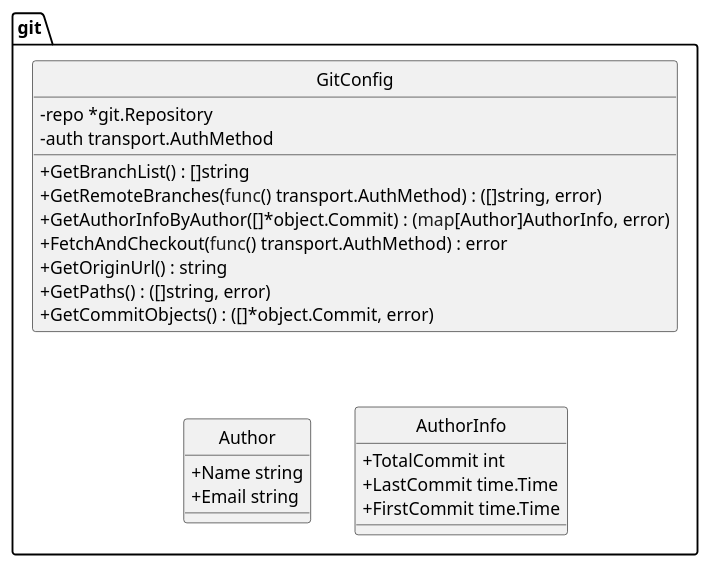
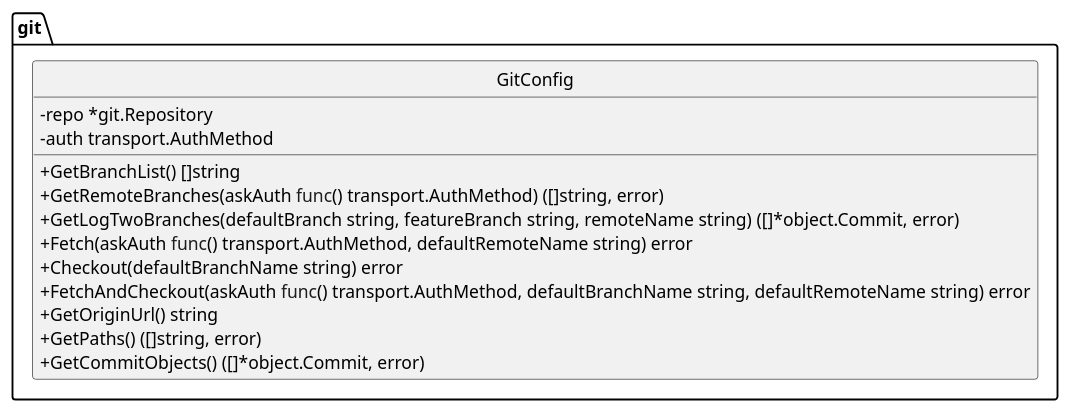
Before and after one commit to imdar1/GitMonitor: the diagram in docs/res/modules/git.pu, drawn with PlantUML. The commit also changed 18 other files, not shown here.

Commit message:
Update diagram

```diff
--- a/docs/res/modules/git.pu
+++ b/docs/res/modules/git.pu
@@ -1,41 +1,27 @@
 @startuml
 top to bottom direction
 skinparam classAttributeIconSize 0
 skinparam DefaultFontName Arial
 skinparam DefaultFontSize 14
 skinparam monochrome true
 hide circle
 
 namespace git {
-    top to bottom direction
-    class Author << (S,Aquamarine) >> {
-        + Name string
-        + Email string
-
-    }
-    class AuthorInfo << (S,Aquamarine) >> {
-        + TotalCommit int
-        + LastCommit time.Time
-        + FirstCommit time.Time
-
-    }
     class GitConfig << (S,Aquamarine) >> {
         - repo *git.Repository
         - auth transport.AuthMethod
 
-        + GetBranchList() : []string
-        + GetRemoteBranches(<font color=blue>func</font>() transport.AuthMethod) : ([]string, error)
-        + GetAuthorInfoByAuthor([]*object.Commit) : (<font color=blue>map</font>[Author]AuthorInfo, error)
-        + FetchAndCheckout(<font color=blue>func</font>() transport.AuthMethod) : error
-        + GetOriginUrl() : string
-        + GetPaths() : ([]string, error)
-        + GetCommitObjects() : ([]*object.Commit, error)
+        + GetBranchList() []string
+        + GetRemoteBranches(askAuth <font color=blue>func</font>() transport.AuthMethod) ([]string, error)
+        + GetLogTwoBranches(defaultBranch string, featureBranch string, remoteName string) ([]*object.Commit, error)
+        + Fetch(askAuth <font color=blue>func</font>() transport.AuthMethod, defaultRemoteName string) error
+        + Checkout(defaultBranchName string) error
+        + FetchAndCheckout(askAuth <font color=blue>func</font>() transport.AuthMethod, defaultBranchName string, defaultRemoteName string) error
+        + GetOriginUrl() string
+        + GetPaths() ([]string, error)
+        + GetCommitObjects() ([]*object.Commit, error)
 
     }
 }
-
-"git.GitConfig" -[hidden]- "git.Author"
-"git.GitConfig" -[hidden]- "git.AuthorInfo"
-
  
 @enduml
```
